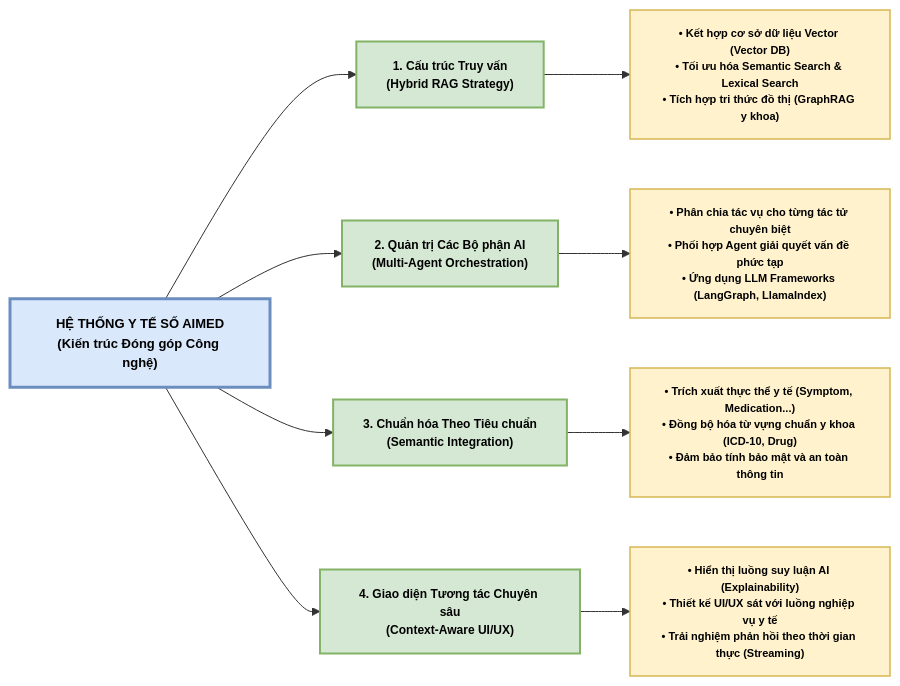
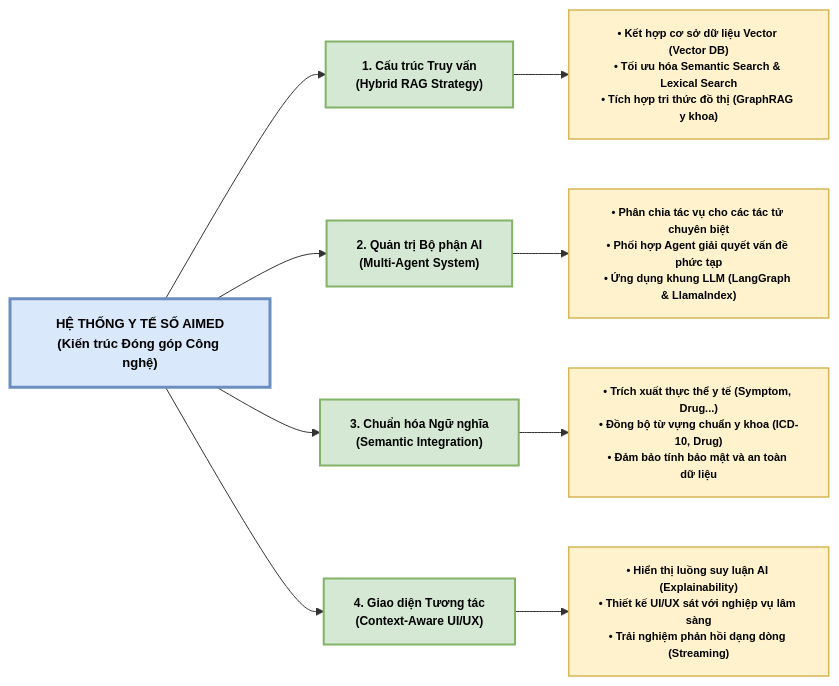
One commit to caonguyenthanhan/aimed changed the diagram in hieu_chinh.md. Above: the diagram before and after it, drawn with Mermaid.

Commit message:
Standardize line lengths in hieu_chinh.md mindmap diagram for geometric symmetry

````diff
--- a/hieu_chinh.md
+++ b/hieu_chinh.md
@@ -15,30 +15,30 @@
 ```mermaid
 flowchart LR
     %% Định nghĩa phong cách hiển thị màu sắc trực quan
     classDef root fill:#dae8fc,stroke:#6c8ebf,stroke-width:3px,color:#000,font-weight:bold,font-size:13px;
     classDef level1 fill:#d5e8d4,stroke:#82b366,stroke-width:2px,color:#000,font-weight:bold,font-size:12px;
     classDef level2 fill:#fff2cc,stroke:#d6b656,stroke-width:1.5px,color:#000,font-size:11px;
 
     %% Nút gốc
     Root["HỆ THỐNG Y TẾ SỐ AIMED<br/>(Kiến trúc Đóng góp Công nghệ)"]:::root
 
     %% Các nhánh chính (Level 1)
     N1["1. Cấu trúc Truy vấn<br/>(Hybrid RAG Strategy)"]:::level1
-    N2["2. Quản trị Các Bộ phận AI<br/>(Multi-Agent Orchestration)"]:::level1
-    N3["3. Chuẩn hóa Theo Tiêu chuẩn<br/>(Semantic Integration)"]:::level1
-    N4["4. Giao diện Tương tác Chuyên sâu<br/>(Context-Aware UI/UX)"]:::level1
+    N2["2. Quản trị Bộ phận AI<br/>(Multi-Agent System)"]:::level1
+    N3["3. Chuẩn hóa Ngữ nghĩa<br/>(Semantic Integration)"]:::level1
+    N4["4. Giao diện Tương tác<br/>(Context-Aware UI/UX)"]:::level1
 
     Root --> N1
     Root --> N2
     Root --> N3
     Root --> N4
 
     %% Các chi tiết dạng danh sách gộp (Giúp chữ to và bố cục đứng cực kỳ gọn trong Word)
     N1 --> N1_detail["• Kết hợp cơ sở dữ liệu Vector (Vector DB)<br/>• Tối ưu hóa Semantic Search & Lexical Search<br/>• Tích hợp tri thức đồ thị (GraphRAG y khoa)"]:::level2
     
-    N2 --> N2_detail["• Phân chia tác vụ cho từng tác tử chuyên biệt<br/>• Phối hợp Agent giải quyết vấn đề phức tạp<br/>• Ứng dụng LLM Frameworks (LangGraph, LlamaIndex)"]:::level2
+    N2 --> N2_detail["• Phân chia tác vụ cho các tác tử chuyên biệt<br/>• Phối hợp Agent giải quyết vấn đề phức tạp<br/>• Ứng dụng khung LLM (LangGraph & LlamaIndex)"]:::level2
     
-    N3 --> N3_detail["• Trích xuất thực thể y tế (Symptom, Medication...)<br/>• Đồng bộ hóa từ vựng chuẩn y khoa (ICD-10, Drug)<br/>• Đảm bảo tính bảo mật và an toàn thông tin"]:::level2
+    N3 --> N3_detail["• Trích xuất thực thể y tế (Symptom, Drug...)<br/>• Đồng bộ từ vựng chuẩn y khoa (ICD-10, Drug)<br/>• Đảm bảo tính bảo mật và an toàn dữ liệu"]:::level2
     
-    N4 --> N4_detail["• Hiển thị luồng suy luận AI (Explainability)<br/>• Thiết kế UI/UX sát với luồng nghiệp vụ y tế<br/>• Trải nghiệm phản hồi theo thời gian thực (Streaming)"]:::level2
+    N4 --> N4_detail["• Hiển thị luồng suy luận AI (Explainability)<br/>• Thiết kế UI/UX sát với nghiệp vụ lâm sàng<br/>• Trải nghiệm phản hồi dạng dòng (Streaming)"]:::level2
 ```
````
